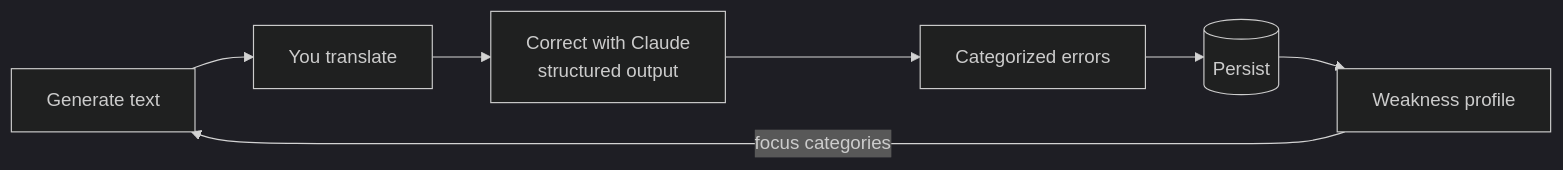
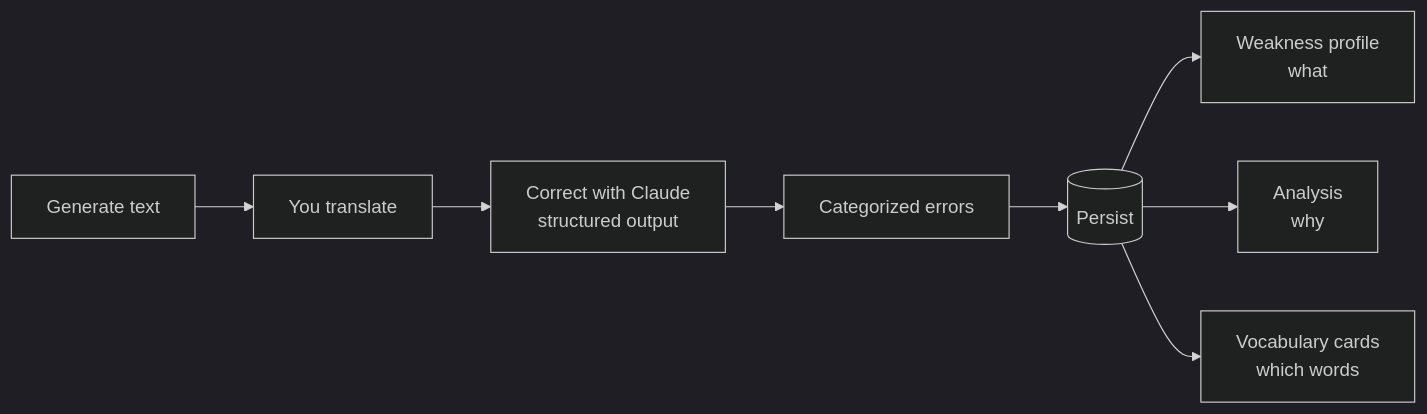
Before and after one commit to AndreBoniatti/write-right: the first of 2 diagrams in README.md, drawn with Mermaid (dark theme). The commit also changed other lines of this file and 16 other files, not shown here.

````diff
--- a/README.md
+++ b/README.md
@@ -33,9 +33,10 @@
 ```mermaid
 flowchart LR
     G[Generate text] --> T[You translate]
     T --> C[Correct with Claude<br/>structured output]
     C --> E[Categorized errors]
     E --> P[(Persist)]
-    P --> W[Weakness profile]
-    W -->|focus categories| G
+    P --> W[Weakness profile<br/>what]
+    P --> A[Analysis<br/>why]
+    P --> D[Vocabulary cards<br/>which words]
 ```
````
